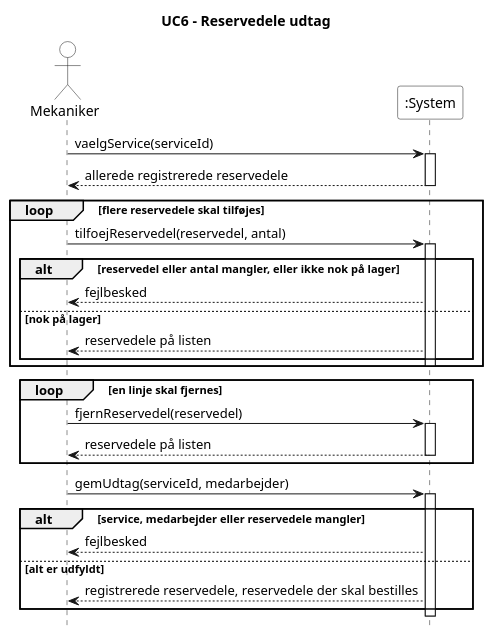
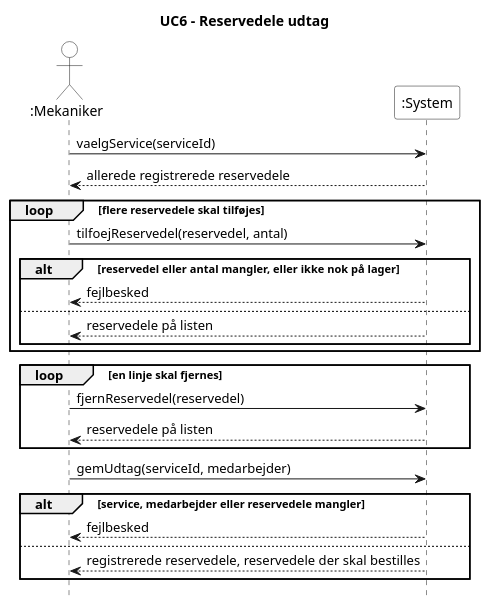
The diagram in 4. System Sekvens Diagram/UC6_reservedele_udtag.puml (Zoabz/Getting-Real), drawn with PlantUML before and after one commit. The commit also changed 8 other files, not shown here.

```diff
--- a/4. System Sekvens Diagram/UC6_reservedele_udtag.puml
+++ b/4. System Sekvens Diagram/UC6_reservedele_udtag.puml
@@ -1,45 +1,45 @@
 @startuml
 title UC6 - Reservedele udtag
 hide footbox
 skinparam monochrome true
 skinparam shadowing false
 skinparam backgroundColor white
 skinparam actor {
   BackgroundColor white
 }
 skinparam participant {
   BackgroundColor white
 }
 
-actor Mekaniker
+actor ":Mekaniker"
 participant ":System" as System
 
-Mekaniker -> System : vaelgService(serviceId)
-activate System
-System --> Mekaniker : allerede registrerede reservedele
-deactivate System
+":Mekaniker" -> System : vaelgService(serviceId)
+
+System --> ":Mekaniker" : allerede registrerede reservedele
+
 loop flere reservedele skal tilføjes
-  Mekaniker -> System : tilfoejReservedel(reservedel, antal)
-  activate System
+  ":Mekaniker" -> System : tilfoejReservedel(reservedel, antal)
+  
   alt reservedel eller antal mangler, eller ikke nok på lager
-    System --> Mekaniker : fejlbesked
-  else nok på lager
-    System --> Mekaniker : reservedele på listen
+    System --> ":Mekaniker" : fejlbesked
+  else 
+    System --> ":Mekaniker" : reservedele på listen
   end
-  deactivate System
+  
 end
 loop en linje skal fjernes
-  Mekaniker -> System : fjernReservedel(reservedel)
-  activate System
-  System --> Mekaniker : reservedele på listen
-  deactivate System
+  ":Mekaniker" -> System : fjernReservedel(reservedel)
+  
+  System --> ":Mekaniker" : reservedele på listen
+  
 end
-Mekaniker -> System : gemUdtag(serviceId, medarbejder)
-activate System
+":Mekaniker" -> System : gemUdtag(serviceId, medarbejder)
+
 alt service, medarbejder eller reservedele mangler
-  System --> Mekaniker : fejlbesked
-else alt er udfyldt
-  System --> Mekaniker : registrerede reservedele, reservedele der skal bestilles
+  System --> ":Mekaniker" : fejlbesked
+else 
+  System --> ":Mekaniker" : registrerede reservedele, reservedele der skal bestilles
 end
-deactivate System
+
 @enduml
```
